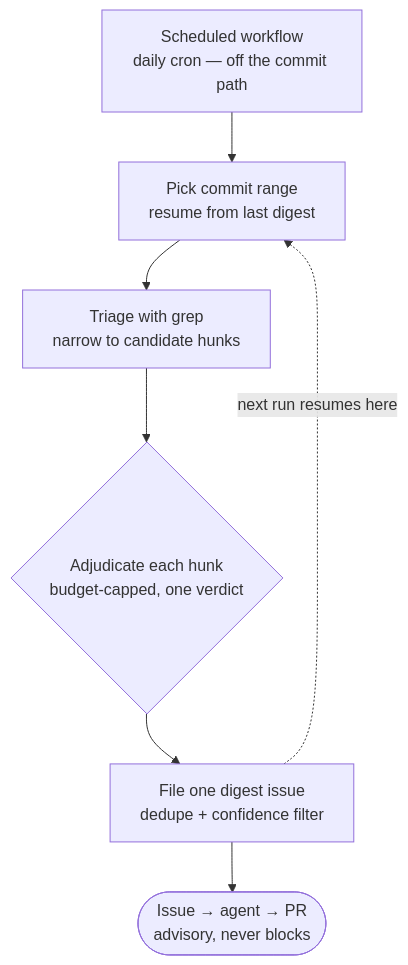
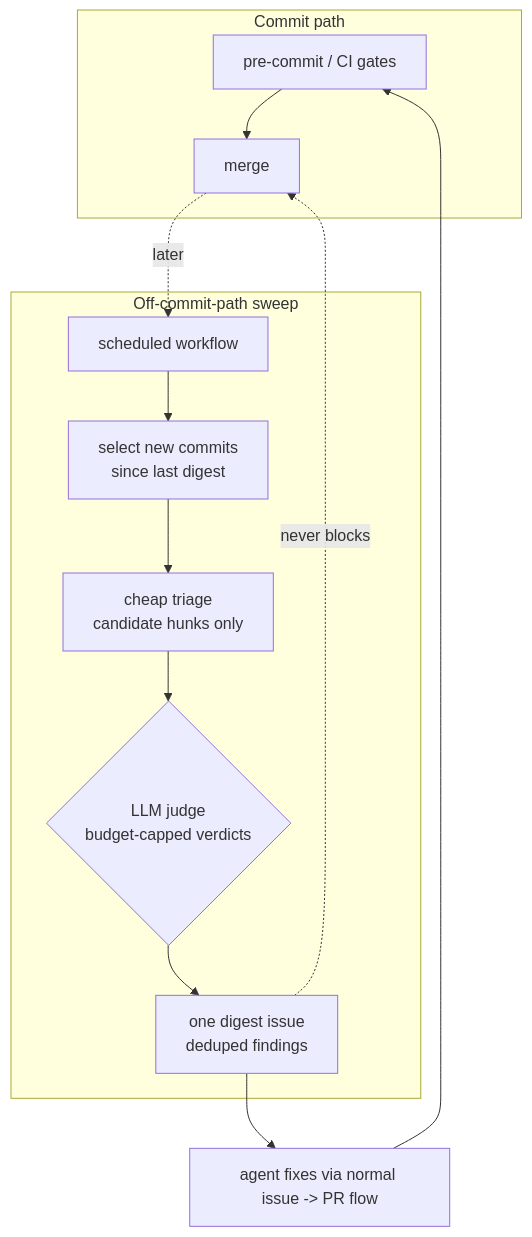
The fifth of 6 diagrams in README.md (Duaility/governance-kit), drawn with Mermaid before and after one commit. The commit also changed other lines of this file and 1 other file, not shown here.

````diff
--- a/README.md
+++ b/README.md
@@ -266,12 +347,22 @@
 ```mermaid
 flowchart TD
-    W[Scheduled workflow<br/>daily cron — off the commit path]
-    P[Pick commit range<br/>resume from last digest]
-    T[Triage with grep<br/>narrow to candidate hunks]
-    J{Adjudicate each hunk<br/>budget-capped, one verdict}
-    D[File one digest issue<br/>dedupe + confidence filter]
-    L([Issue → agent → PR<br/>advisory, never blocks])
+    subgraph CommitPath["Commit path"]
+        H["pre-commit / CI gates"]
+        M["merge"]
+    end
 
-    W --> P --> T --> J --> D --> L
-    D -.->|"next run resumes here"| P
+    subgraph Sweep["Off-commit-path sweep"]
+        W["scheduled workflow"]
+        P["select new commits<br/>since last digest"]
+        T["cheap triage<br/>candidate hunks only"]
+        J{"LLM judge<br/>budget-capped verdicts"}
+        D["one digest issue<br/>deduped findings"]
+    end
+
+    H --> M
+    M -.->|"later"| W
+    W --> P --> T --> J --> D
+    D --> A["agent fixes via normal issue -> PR flow"]
+    A --> H
+    D -.->|"never blocks"| M
 ```
````
